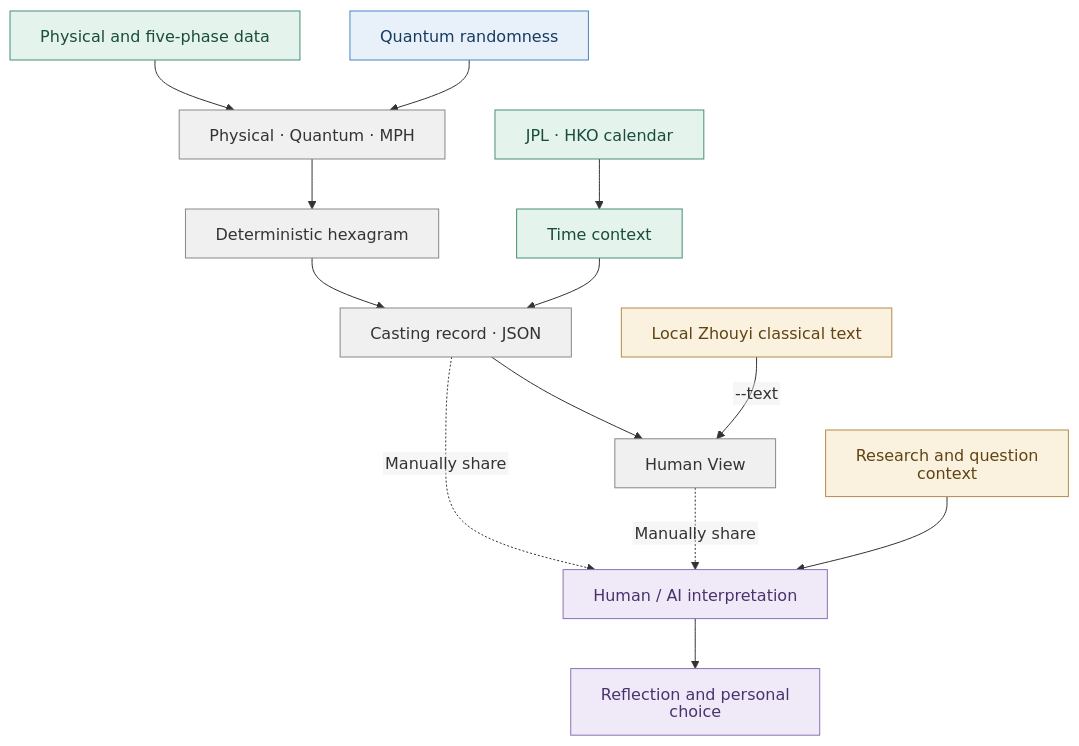
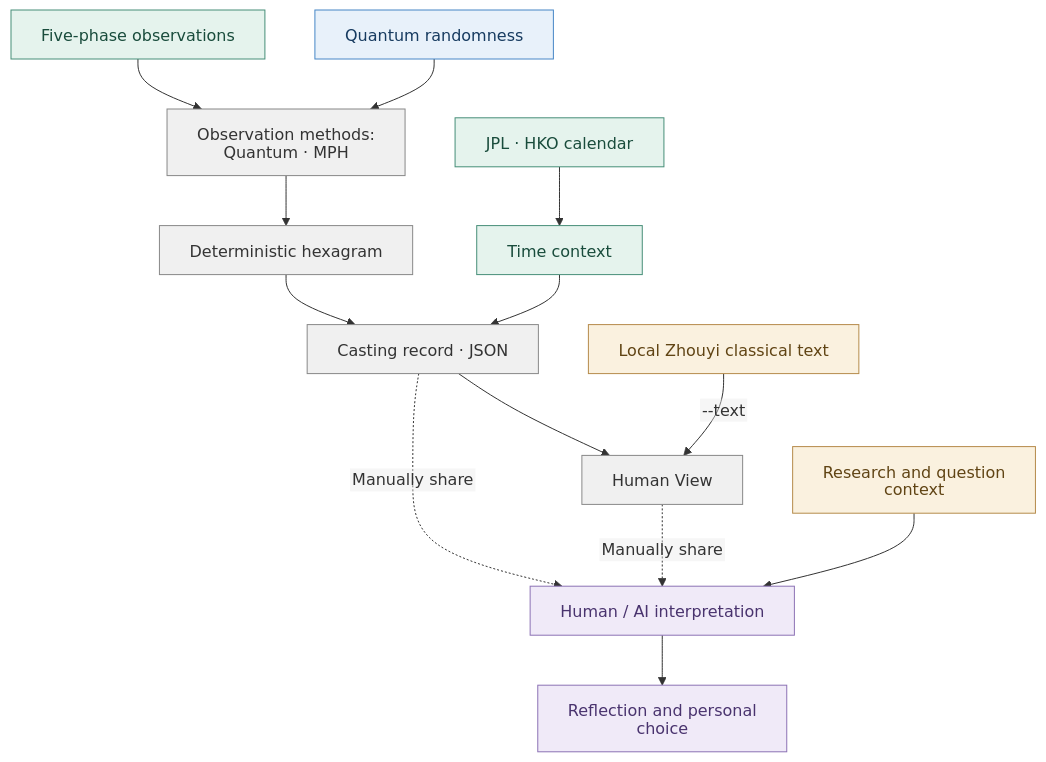
The diagram in README.md (cctsao1008/trng-iching), drawn with Mermaid before and after one commit. The commit also changed other lines of this file and 3 other files, not shown here.

````diff
--- a/README.md
+++ b/README.md
@@ -236,40 +248,40 @@
 ```mermaid
 ---
 config:
   htmlLabels: false
   flowchart:
     htmlLabels: false
     wrappingWidth: 240
 ---
 flowchart TD
-    N["Physical and five-phase data"] --> M["Physical · Quantum · MPH"]
+    N["Five-phase observations"] --> M["Observation methods: Quantum · MPH"]
     Q["Quantum randomness"] --> M
     M --> H["Deterministic hexagram"]
 
     A["JPL · HKO calendar"] --> T["Time context"]
 
     H --> R["Casting record · JSON"]
     T --> R
 
     R --> V["Human View"]
     Z["Local Zhouyi classical text"] -->|"--text"| V
 
     R -. Manually share .-> I["Human / AI interpretation"]
     V -. Manually share .-> I
 
     S["Research and question context"] --> I
 
     I --> O["Reflection and personal choice"]
 
     classDef randomness fill:#e8f1fa,stroke:#4786c6,color:#173b60
     classDef science fill:#e5f3ed,stroke:#468e78,color:#194c3c
     classDef record fill:#f0f0f0,stroke:#888,color:#333
     classDef references fill:#faf1df,stroke:#b58b4b,color:#604414
     classDef reflection fill:#f0eaf8,stroke:#8c72b5,color:#49336e
 
     class Q randomness
     class N,A,T science
     class M,H,R,V record
     class Z,S references
     class I,O reflection
 ```
````
